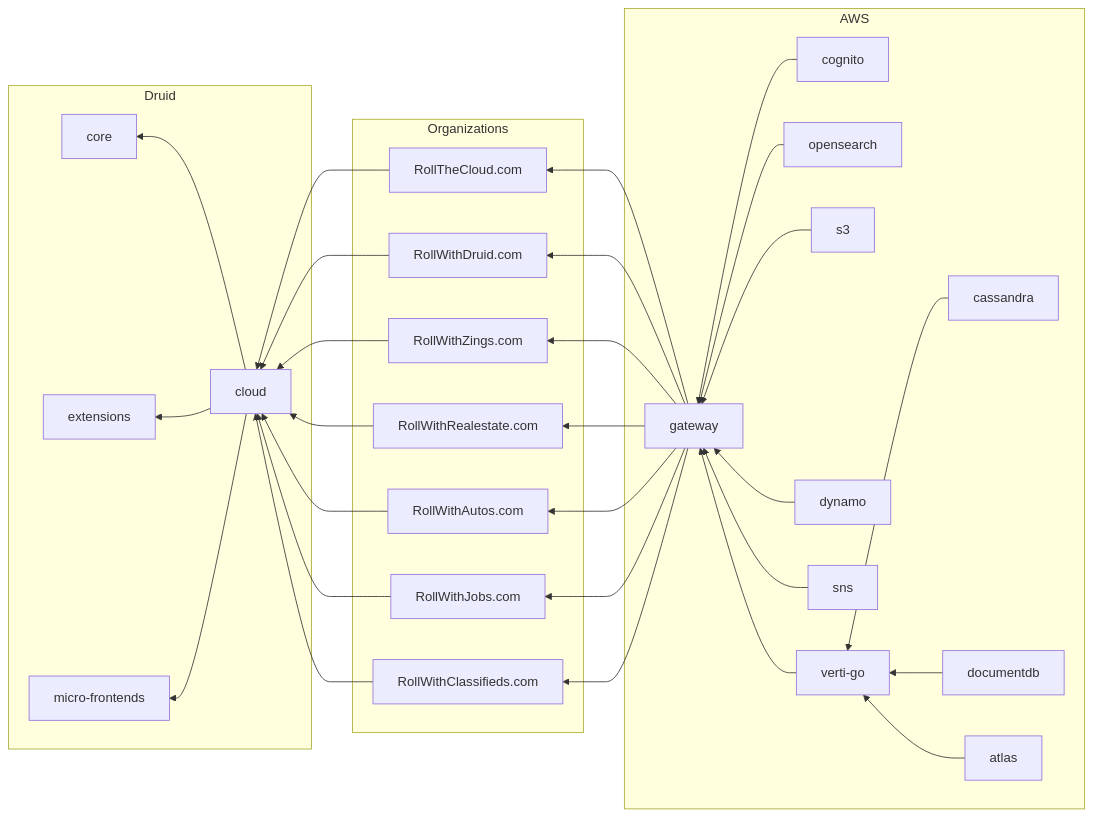
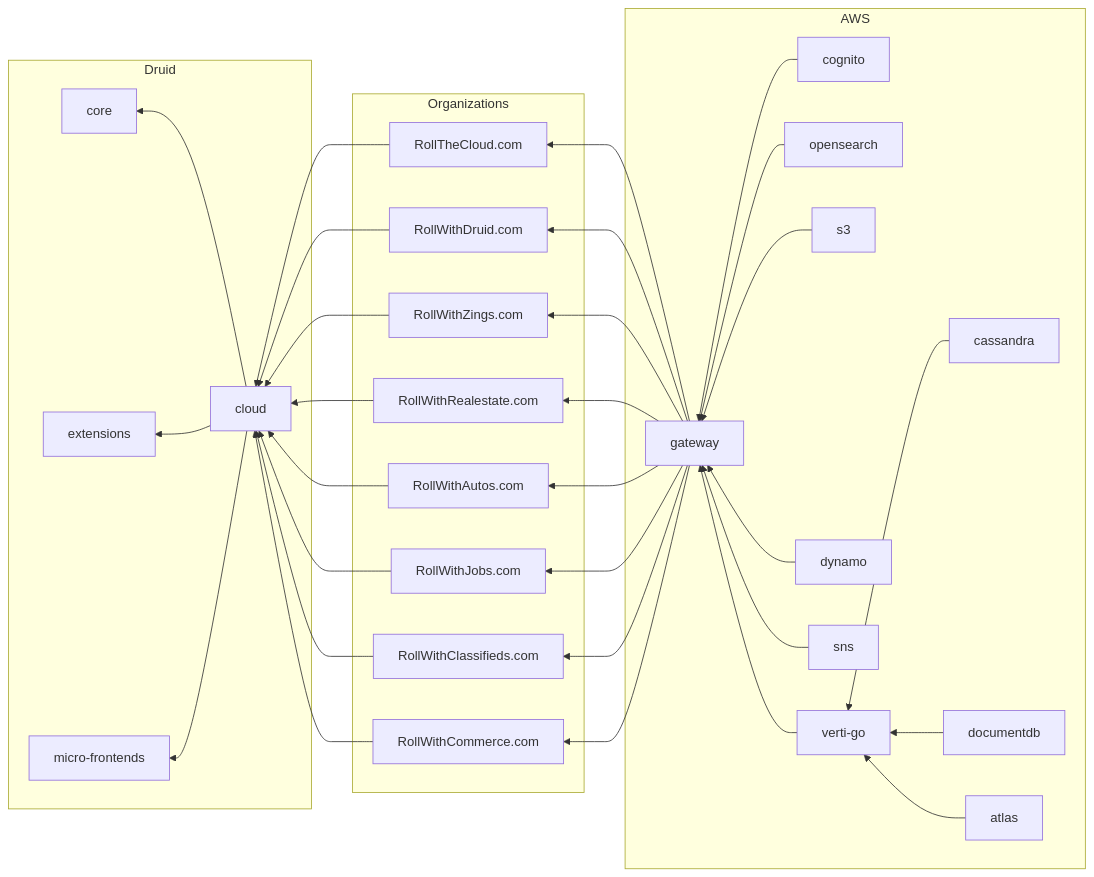
The diagram in architecture/ecosystem/README.md (rollthecloudinc/quell), drawn with Mermaid before and after one commit. The commit also changed other lines of this file, not shown here.

````diff
--- a/architecture/ecosystem/README.md
+++ b/architecture/ecosystem/README.md
@@ -5,38 +5,40 @@
 ```mermaid
 flowchart RL
 subgraph Druid
 core
 extensions
 micro-frontends
 cloud-->core
 cloud-->extensions
 cloud-->micro-frontends
 end
 subgraph Organizations
 dcloud[RollTheCloud.com]-->cloud
 druid2[RollWithDruid.com]-->cloud
 zingurus[RollWithZings.com]-->cloud
 realestate[RollWithRealestate.com]-->cloud
 autos[RollWithAutos.com]-->cloud
 jobs[RollWithJobs.com]-->cloud
 classifieds[RollWithClassifieds.com]-->cloud
+commerce[RollWithCommerce.com]-->cloud
 end
 subgraph AWS
 gateway-->dcloud
 gateway-->druid2
 gateway-->zingurus
 gateway-->realestate
 gateway-->autos
 gateway-->jobs
 gateway-->classifieds
+gateway-->commerce
 cognito-->gateway
 opensearch-->gateway
 s3-->gateway
 dynamo-->gateway
 sns-->gateway
 verti-go-->gateway
 cassandra-->verti-go
 documentdb-->verti-go
 atlas-->verti-go
 end
 ```
````
